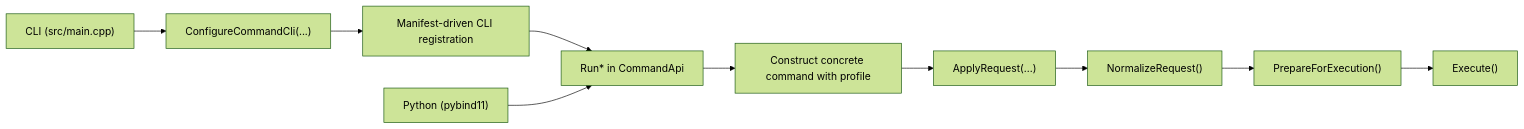
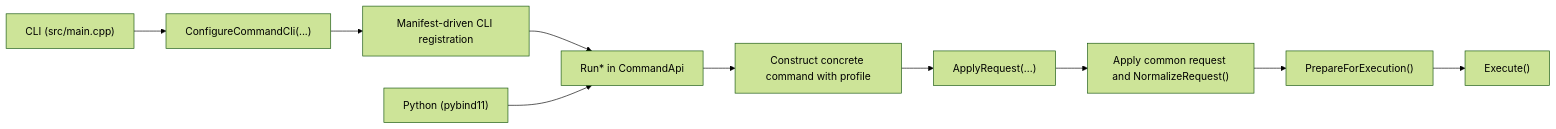
Before and after one commit to yslianTim/rhbm_gem: the diagram in docs/developer/architecture/command-architecture.md, drawn with Mermaid (forest theme). The commit also changed other lines of this file and 2 other files, not shown here.

````diff
--- a/docs/developer/architecture/command-architecture.md
+++ b/docs/developer/architecture/command-architecture.md
@@ -55,14 +55,14 @@
 ```mermaid
 flowchart LR
     A["CLI (src/main.cpp)"] --> B["ConfigureCommandCli(...)"]
     B --> C["Manifest-driven CLI registration"]
     C --> D["Run* in CommandApi"]
 
     E["Python (pybind11)"] --> D
 
     D --> F["Construct concrete command with profile"]
     F --> G["ApplyRequest(...)"]
-    G --> H["NormalizeRequest()"]
+    G --> H["Apply common request and NormalizeRequest()"]
     H --> I["PrepareForExecution()"]
     I --> J["Execute()"]
 ```
````
